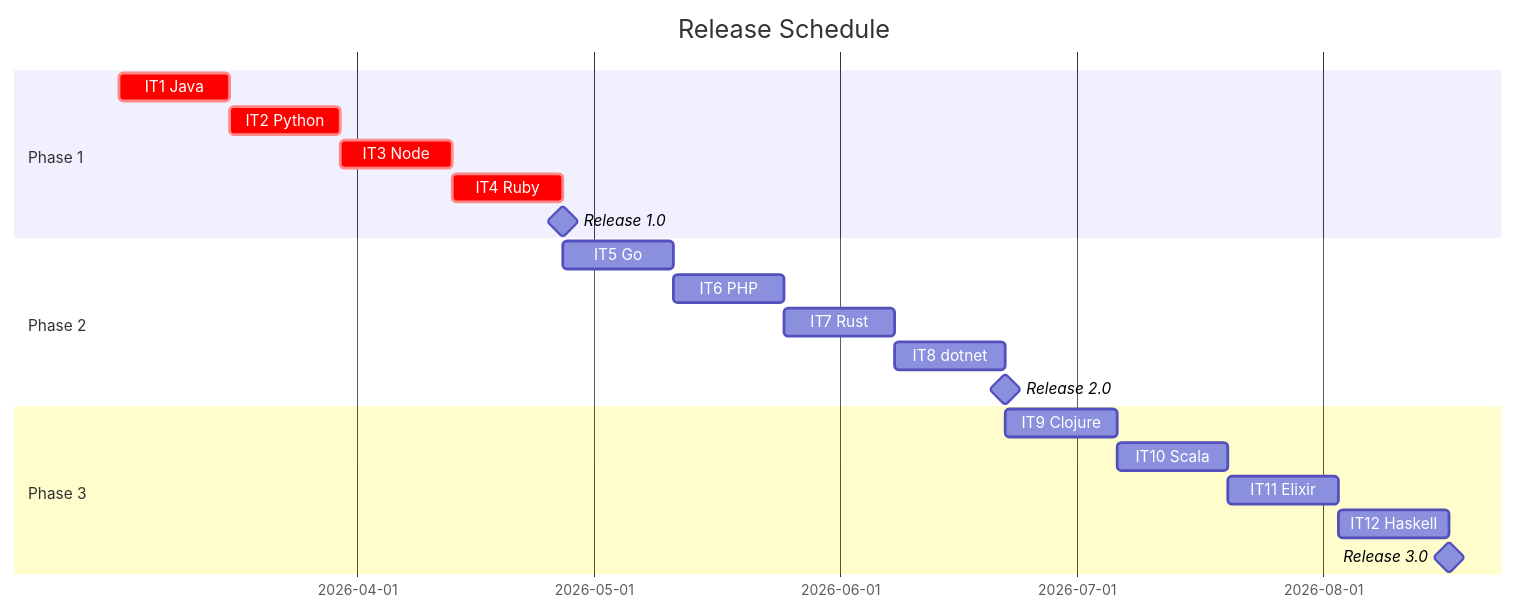
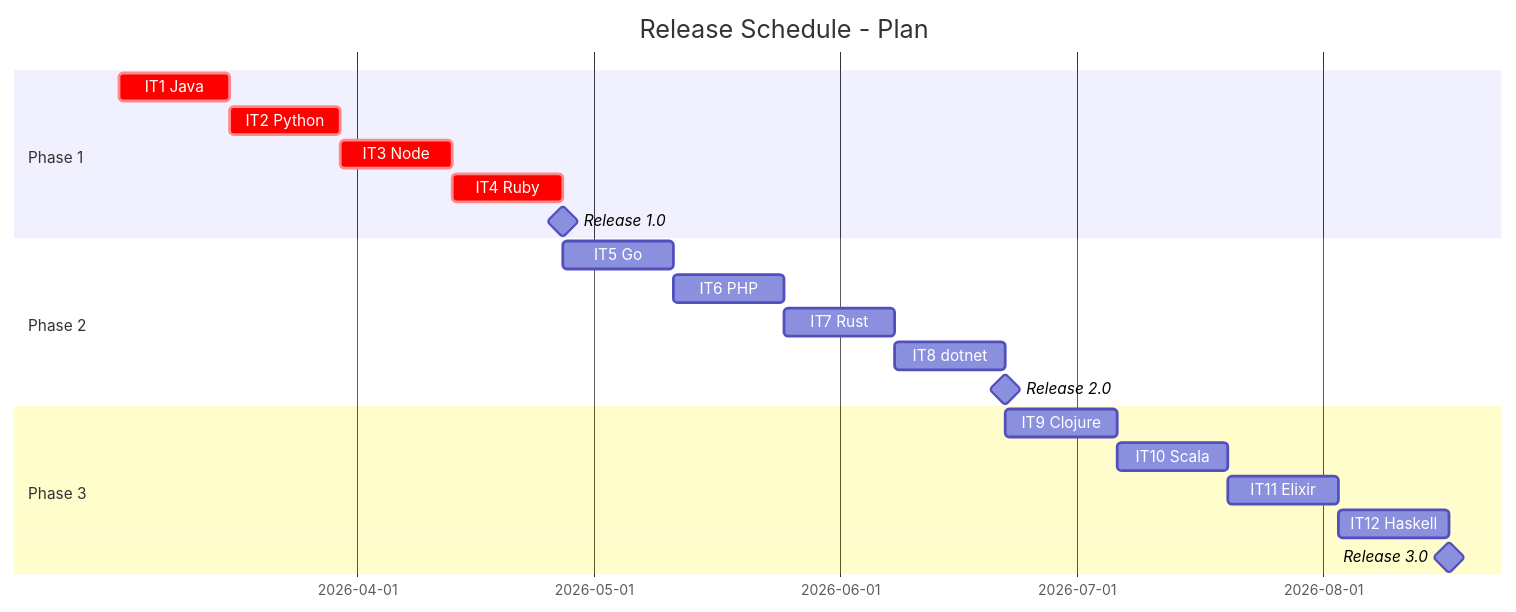
Before and after one commit to k2works/getting-started-tdd: the first of 2 diagrams in docs/development/release_plan.md, drawn with Mermaid. The commit also changed other lines of this file, not shown here.

````diff
--- a/docs/development/release_plan.md
+++ b/docs/development/release_plan.md
@@ -135,23 +135,23 @@
 ```mermaid
 gantt
-    title Release Schedule
+    title Release Schedule - Plan
     dateFormat  YYYY-MM-DD
     section Phase 1
     IT1 Java              :crit, p1-1, 2026-03-02, 14d
     IT2 Python             :crit, p1-2, after p1-1, 14d
     IT3 Node               :crit, p1-3, after p1-2, 14d
     IT4 Ruby               :crit, p1-4, after p1-3, 14d
     Release 1.0            :milestone, m1, after p1-4, 0d
     section Phase 2
     IT5 Go                 :p2-1, after p1-4, 14d
     IT6 PHP                :p2-2, after p2-1, 14d
     IT7 Rust               :p2-3, after p2-2, 14d
     IT8 dotnet             :p2-4, after p2-3, 14d
     Release 2.0            :milestone, m2, after p2-4, 0d
     section Phase 3
     IT9 Clojure            :p3-1, after p2-4, 14d
     IT10 Scala             :p3-2, after p3-1, 14d
     IT11 Elixir            :p3-3, after p3-2, 14d
     IT12 Haskell           :p3-4, after p3-3, 14d
     Release 3.0            :milestone, m3, after p3-4, 0d
 ```
````
